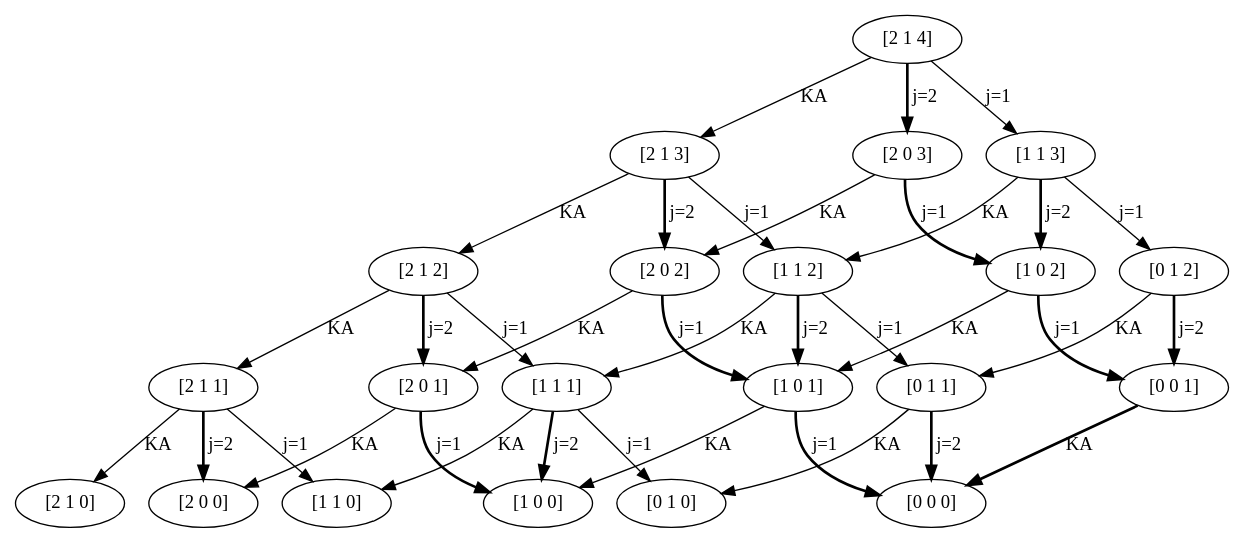
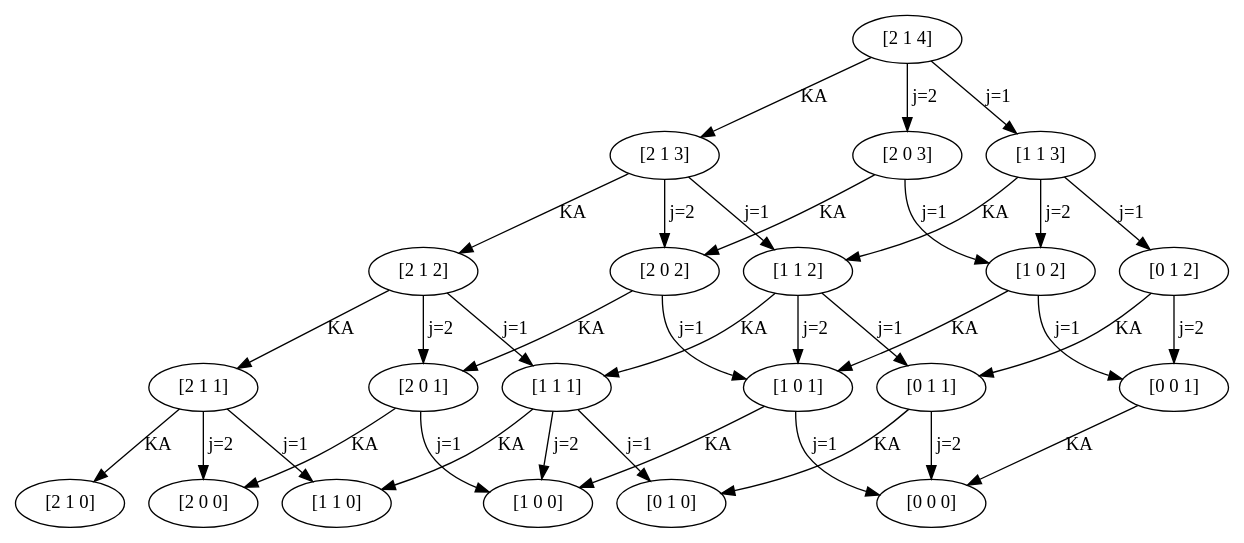
The diagram in Bilder/beispiel1.dot (rb4k/MA-DP), drawn with Graphviz before and after one commit. The commit also changed 34 other files, not shown here.

```diff
--- a/Bilder/beispiel1.dot
+++ b/Bilder/beispiel1.dot
@@ -12,7 +12,6 @@
 	goal="[2 1 0]",
 	label=KA,
 	modus=KA,
-	not_best_politic=True,
 	revenue=0,
 	time=1,
 	weight=0.0,
@@ -24,9 +23,8 @@
 1 -> 5 [key=2,
 goal="[2 0 0]",
 label="j=2",
-not_best_politic=False,
+modus=AA,
 revenue=200,
-style=bold,
 time=1,
 weight=200.0,
 weight_goal=0.0];
@@ -37,7 +35,7 @@
 1 -> 10 [key=1,
 goal="[1 1 0]",
 label="j=1",
-not_best_politic=True,
+modus=AA,
 revenue=100,
 time=1,
 weight=100.0,
@@ -50,7 +48,6 @@
 goal="[2 1 1]",
 label=KA,
 modus=KA,
-not_best_politic=True,
 revenue=0,
 time=2,
 weight=0.0,
@@ -62,9 +59,8 @@
 2 -> 6 [key=2,
 goal="[2 0 1]",
 label="j=2",
-not_best_politic=False,
+modus=AA,
 revenue=200,
-style=bold,
 time=2,
 weight=180.0,
 weight_goal=50.0];
@@ -75,7 +71,7 @@
 2 -> 11 [key=1,
 goal="[1 1 1]",
 label="j=1",
-not_best_politic=True,
+modus=AA,
 revenue=100,
 time=2,
 weight=100.0,
@@ -88,7 +84,6 @@
 goal="[2 1 2]",
 label=KA,
 modus=KA,
-not_best_politic=True,
 revenue=0,
 time=3,
 weight=0.0,
@@ -100,9 +95,8 @@
 3 -> 7 [key=2,
 goal="[2 0 2]",
 label="j=2",
-not_best_politic=False,
+modus=AA,
 revenue=200,
-style=bold,
 time=3,
 weight=162.0,
 weight_goal=100.0];
@@ -113,7 +107,7 @@
 3 -> 12 [key=1,
 goal="[1 1 2]",
 label="j=1",
-not_best_politic=True,
+modus=AA,
 revenue=100,
 time=3,
 weight=75.0,
@@ -126,7 +120,6 @@
 goal="[2 1 3]",
 label=KA,
 modus=KA,
-not_best_politic=True,
 revenue=0,
 time=4,
 weight=0.0,
@@ -138,9 +131,8 @@
 4 -> 8 [key=2,
 goal="[2 0 3]",
 label="j=2",
-not_best_politic=False,
+modus=AA,
 revenue=200,
-style=bold,
 time=4,
 weight=145.812,
 weight_goal=137.5];
@@ -151,7 +143,7 @@
 4 -> 13 [key=1,
 goal="[1 1 3]",
 label="j=1",
-not_best_politic=True,
+modus=AA,
 revenue=100,
 time=4,
 weight=50.0156,
@@ -160,7 +152,6 @@
 goal="[2 0 0]",
 label=KA,
 modus=KA,
-not_best_politic=True,
 revenue=0,
 time=1,
 weight=0.0,
@@ -172,9 +163,8 @@
 6 -> 15 [key=1,
 goal="[1 0 0]",
 label="j=1",
-not_best_politic=False,
+modus=AA,
 revenue=100,
-style=bold,
 time=1,
 weight=100.0,
 weight_goal=0.0];
@@ -182,7 +172,6 @@
 goal="[2 0 1]",
 label=KA,
 modus=KA,
-not_best_politic=True,
 revenue=0,
 time=2,
 weight=0.0,
@@ -194,9 +183,8 @@
 7 -> 16 [key=1,
 goal="[1 0 1]",
 label="j=1",
-not_best_politic=False,
+modus=AA,
 revenue=100,
-style=bold,
 time=2,
 weight=100.0,
 weight_goal=50.0];
@@ -204,7 +192,6 @@
 goal="[2 0 2]",
 label=KA,
 modus=KA,
-not_best_politic=True,
 revenue=0,
 time=3,
 weight=0.0,
@@ -216,9 +203,8 @@
 8 -> 17 [key=1,
 goal="[1 0 2]",
 label="j=1",
-not_best_politic=False,
+modus=AA,
 revenue=100,
-style=bold,
 time=3,
 weight=75.0,
 weight_goal=75.0];
@@ -226,7 +212,6 @@
 goal="[1 1 0]",
 label=KA,
 modus=KA,
-not_best_politic=True,
 revenue=0,
 time=1,
 weight=0.0,
@@ -234,9 +219,8 @@
 11 -> 15 [key=2,
 goal="[1 0 0]",
 label="j=2",
-not_best_politic=False,
+modus=AA,
 revenue=200,
-style=bold,
 time=1,
 weight=200.0,
 weight_goal=0.0];
@@ -247,7 +231,7 @@
 11 -> 20 [key=1,
 goal="[0 1 0]",
 label="j=1",
-not_best_politic=True,
+modus=AA,
 revenue=100,
 time=1,
 weight=100.0,
@@ -256,7 +240,6 @@
 goal="[1 1 1]",
 label=KA,
 modus=KA,
-not_best_politic=True,
 revenue=0,
 time=2,
 weight=0.0,
@@ -264,9 +247,8 @@
 12 -> 16 [key=2,
 goal="[1 0 1]",
 label="j=2",
-not_best_politic=False,
+modus=AA,
 revenue=200,
-style=bold,
 time=2,
 weight=180.0,
 weight_goal=50.0];
@@ -277,7 +259,7 @@
 12 -> 21 [key=1,
 goal="[0 1 1]",
 label="j=1",
-not_best_politic=True,
+modus=AA,
 revenue=100,
 time=2,
 weight=50.0,
@@ -286,7 +268,6 @@
 goal="[1 1 2]",
 label=KA,
 modus=KA,
-not_best_politic=True,
 revenue=0,
 time=3,
 weight=0.0,
@@ -294,9 +275,8 @@
 13 -> 17 [key=2,
 goal="[1 0 2]",
 label="j=2",
-not_best_politic=False,
+modus=AA,
 revenue=200,
-style=bold,
 time=3,
 weight=162.0,
 weight_goal=75.0];
@@ -307,7 +287,7 @@
 13 -> 22 [key=1,
 goal="[0 1 2]",
 label="j=1",
-not_best_politic=True,
+modus=AA,
 revenue=100,
 time=3,
 weight=25.0,
@@ -316,7 +296,6 @@
 goal="[1 0 0]",
 label=KA,
 modus=KA,
-not_best_politic=True,
 revenue=0,
 time=1,
 weight=0.0,
@@ -328,9 +307,8 @@
 16 -> 25 [key=1,
 goal="[0 0 0]",
 label="j=1",
-not_best_politic=False,
+modus=AA,
 revenue=100,
-style=bold,
 time=1,
 weight=100.0,
 weight_goal=0.0];
@@ -338,7 +316,6 @@
 goal="[1 0 1]",
 label=KA,
 modus=KA,
-not_best_politic=True,
 revenue=0,
 time=2,
 weight=0.0,
@@ -350,9 +327,8 @@
 17 -> 26 [key=1,
 goal="[0 0 1]",
 label="j=1",
-not_best_politic=False,
+modus=AA,
 revenue=100,
-style=bold,
 time=2,
 weight=50.0,
 weight_goal=0.0];
@@ -360,7 +336,6 @@
 goal="[0 1 0]",
 label=KA,
 modus=KA,
-not_best_politic=True,
 revenue=0,
 time=1,
 weight=0.0,
@@ -368,9 +343,8 @@
 21 -> 25 [key=2,
 goal="[0 0 0]",
 label="j=2",
-not_best_politic=False,
+modus=AA,
 revenue=200,
-style=bold,
 time=1,
 weight=200.0,
 weight_goal=0.0];
@@ -378,7 +352,6 @@
 goal="[0 1 1]",
 label=KA,
 modus=KA,
-not_best_politic=True,
 revenue=0,
 time=2,
 weight=0.0,
@@ -386,9 +359,8 @@
 22 -> 26 [key=2,
 goal="[0 0 1]",
 label="j=2",
-not_best_politic=False,
+modus=AA,
 revenue=200,
-style=bold,
 time=2,
 weight=180.0,
 weight_goal=0.0];
@@ -396,9 +368,7 @@
 goal="[0 0 0]",
 label=KA,
 modus=KA,
-not_best_politic=False,
 revenue=0,
-style=bold,
 time=1,
 weight=0.0,
 weight_goal=0.0];
```
